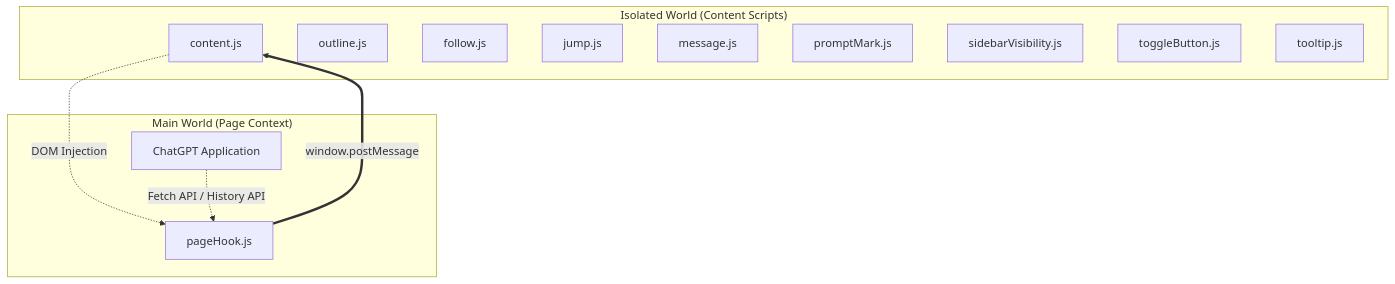
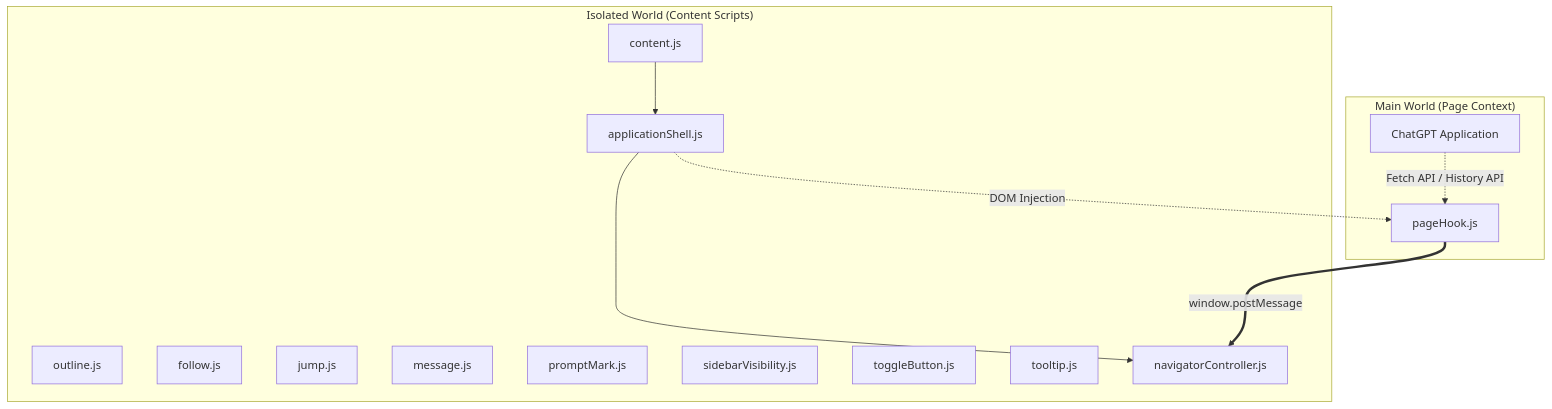
One commit to Leo7805/luna-toc changed the diagram in docs/ARCHITECTURE.md. Above: the diagram before and after it, drawn with Mermaid. The commit also changed other lines of this file and 10 other files, not shown here.

````diff
--- a/docs/ARCHITECTURE.md
+++ b/docs/ARCHITECTURE.md
@@ -15,23 +15,27 @@
 ```mermaid
 graph TD
     subgraph isolatedWorld["Isolated World (Content Scripts)"]
         content[content.js]
         outline[outline.js]
         follow[follow.js]
         jump[jump.js]
         msg[message.js]
         mark[promptMark.js]
         vis[sidebarVisibility.js]
         btn[toggleButton.js]
         tip[tooltip.js]
+        navigator[navigatorController.js]
+        shell[applicationShell.js]
     end
 
     subgraph mainWorld["Main World (Page Context)"]
         hook[pageHook.js]
         chatgpt[ChatGPT Application]
     end
 
-    content -.->|DOM Injection| hook
-    hook ===>|window.postMessage| content
+    content --> shell
+    shell --> navigator
+    shell -.->|DOM Injection| hook
+    hook ===>|window.postMessage| navigator
     chatgpt -.->|Fetch API / History API| hook
 ```
````
